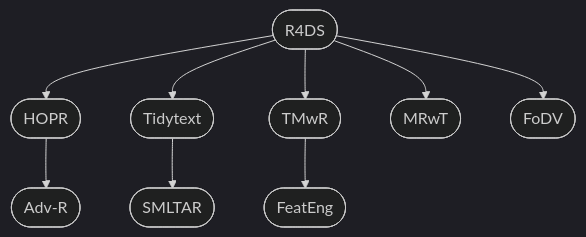
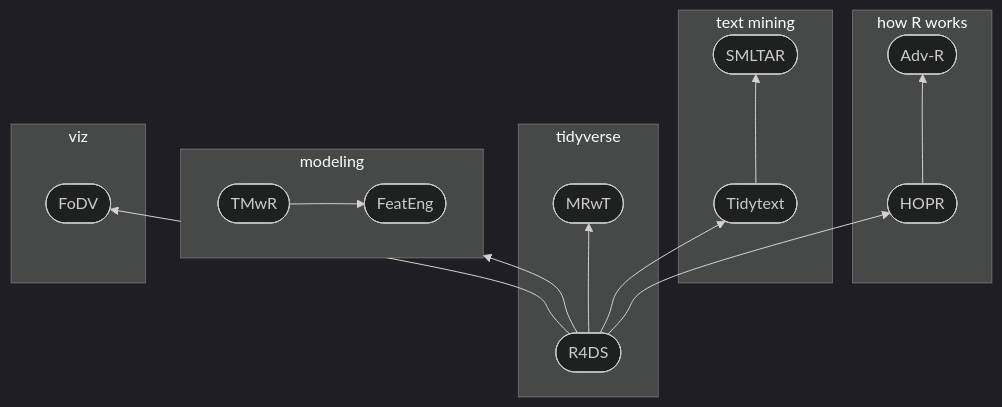
Before and after one commit to parmsam/r-learning-paths: the first of 4 diagrams in README.md, drawn with Mermaid (dark theme). The commit also changed other lines of this file, not shown here.

````diff
--- a/README.md
+++ b/README.md
@@ -5,29 +5,40 @@
 ```mermaid
-graph TD
+flowchart BT
     A1([R4DS])
     A2([HOPR])
     A3([Adv-R])
     A4([Tidytext])
     A5([TMwR])
     A6([FeatEng])
     A7([SMLTAR])
     A8([MRwT])
     A9([FoDV])
     click A1 "https://r4ds.hadley.nz/"
     click A2 "https://jjallaire.github.io/hopr/"
     click A3 "https://adv-r.hadley.nz/"
     click A4 "https://www.tidytextmining.com/"
     click A5 "https://www.tmwr.org/"
     click A6 "http://www.feat.engineering/"
     click A7 "https://smltar.com/"
     click A8 "https://b-rodrigues.github.io/modern_R/"
     click A9 "https://clauswilke.com/dataviz/"
     A1 --> A2
+    subgraph how R works
     A2 --> A3
+    end
     A1 --> A4
     A1 --> A5
+    subgraph modeling
+    direction LR
     A5 --> A6
+    end
+    subgraph text mining
     A4 --> A7
+    end
+    subgraph tidyverse
     A1 --> A8
+    end
+    subgraph viz
     A1 --> A9
+    end
 ```
````
